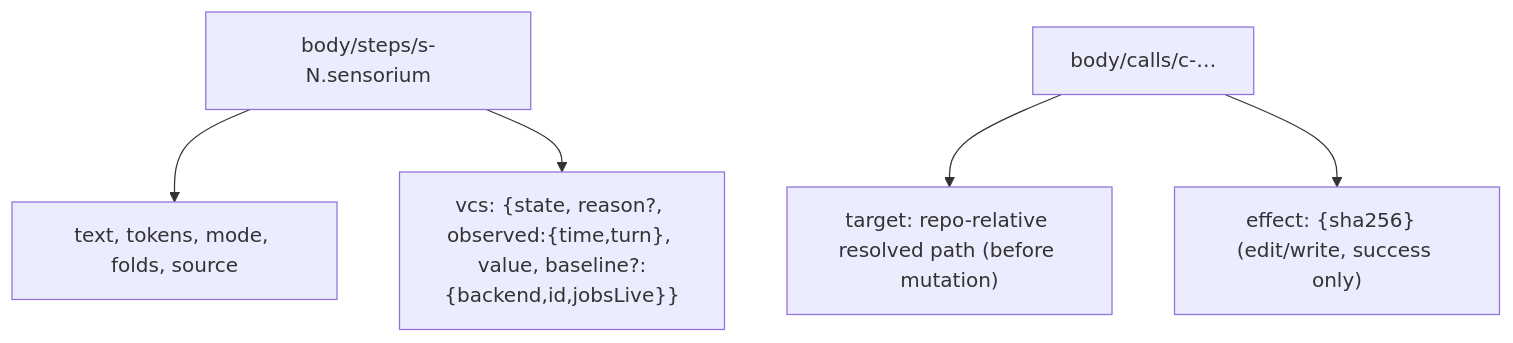
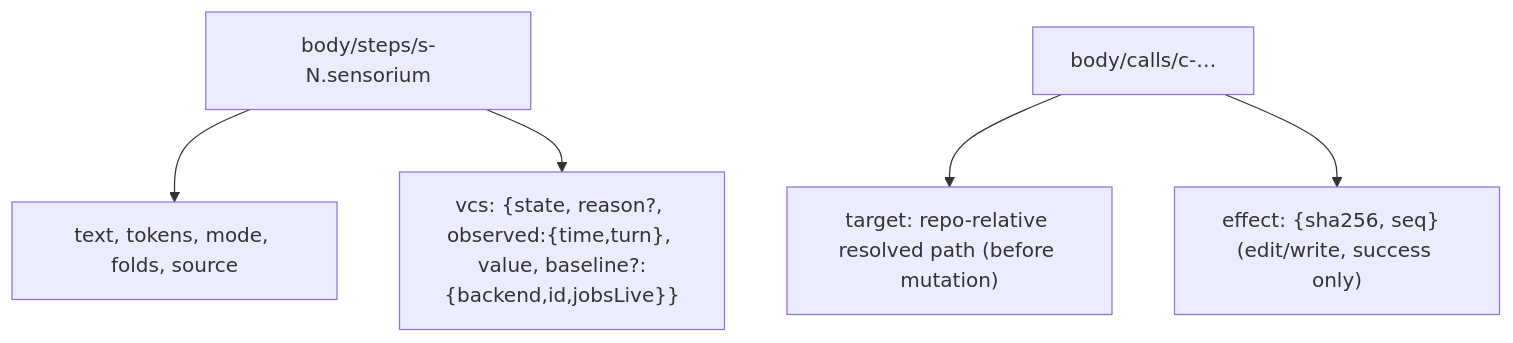
Before and after one commit to sh1ny/kehai: the fourth of 4 diagrams in openspec/changes/vcs-changes-and-notices/design.md, drawn with Mermaid. The commit also changed other lines of this file and 5 other files, not shown here.

````diff
--- a/openspec/changes/vcs-changes-and-notices/design.md
+++ b/openspec/changes/vcs-changes-and-notices/design.md
@@ -147,7 +160,7 @@
 ```mermaid
 flowchart TB
   S["body/steps/s-N.sensorium"] --> T[text, tokens, mode, folds, source]
   S --> V["vcs: {state, reason?, observed:{time,turn}, value, baseline?:{backend,id,jobsLive}}"]
   K["body/calls/c-…"] --> TG["target: repo-relative resolved path (before mutation)"]
-  K --> E["effect: {sha256}  (edit/write, success only)"]
+  K --> E["effect: {sha256, seq}  (edit/write, success only)"]
 ```
````
